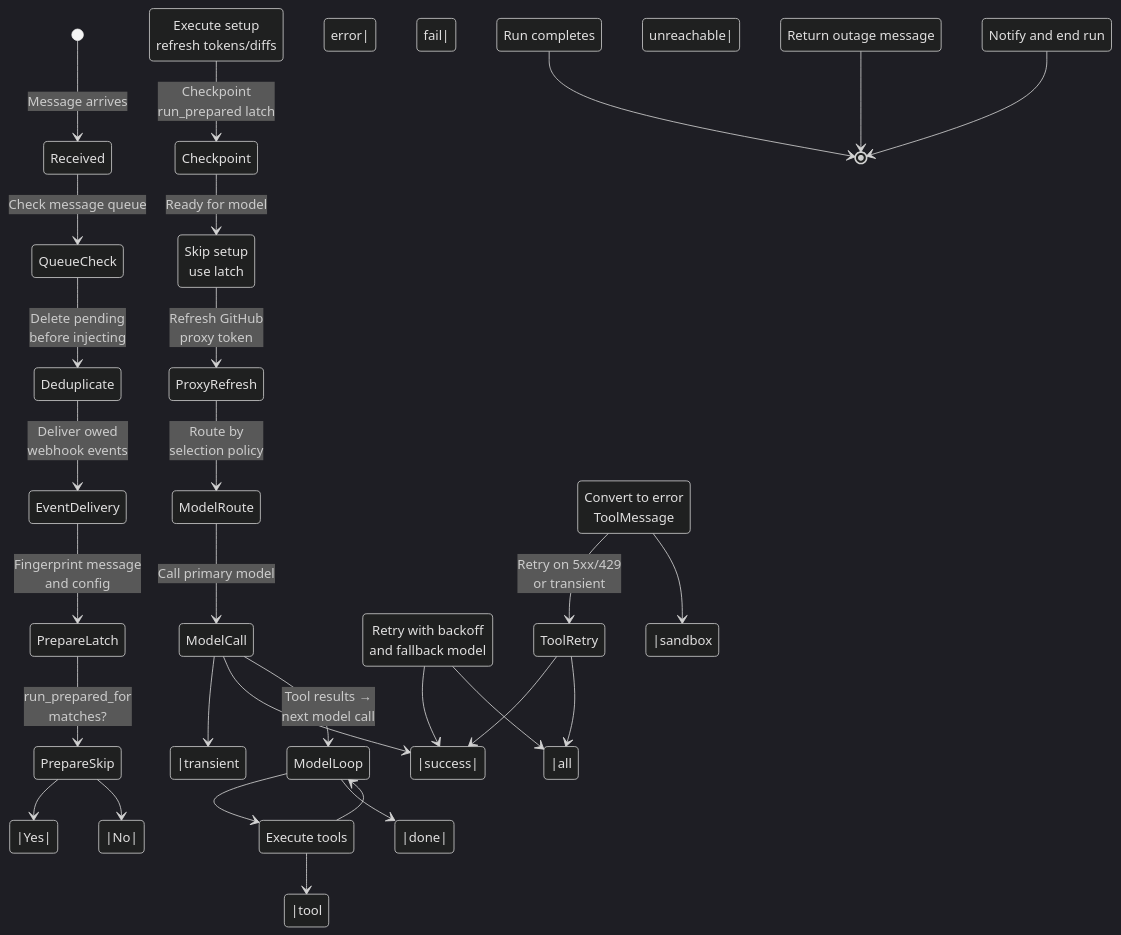
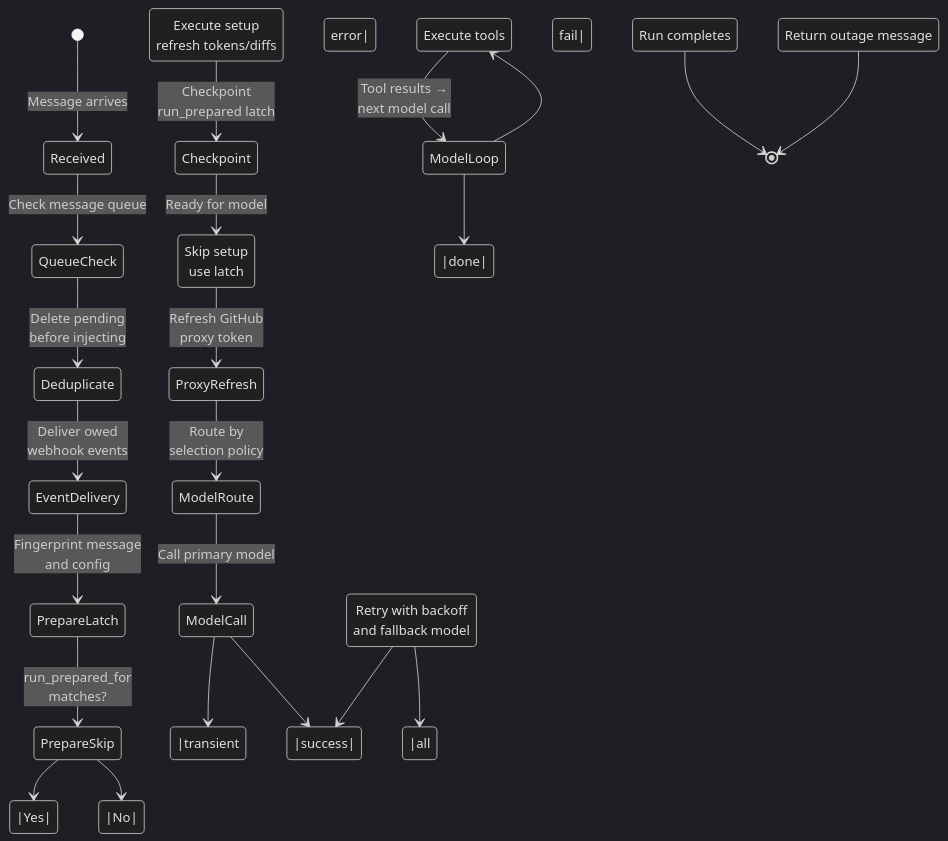
The diagram in openwiki/architecture/middleware-stack.md (aeteq/open-swe), drawn with Mermaid (dark theme) before and after one commit. The commit also changed other lines of this file and 46 other files, not shown here.

````diff
--- a/openwiki/architecture/middleware-stack.md
+++ b/openwiki/architecture/middleware-stack.md
@@ -240,32 +195,25 @@
 ```mermaid
 stateDiagram-v2
     [*] --> Received: Message arrives
     Received --> QueueCheck: Check message queue
     QueueCheck --> Deduplicate: Delete pending<br/>before injecting
     Deduplicate --> EventDelivery: Deliver owed<br/>webhook events
     EventDelivery --> PrepareLatch: Fingerprint message<br/>and config
     PrepareLatch --> PrepareSkip: run_prepared_for<br/>matches?
     PrepareSkip -->|Yes| ModelPrep: Skip setup<br/>use latch
     PrepareSkip -->|No| PrepareSetup: Execute setup<br/>refresh tokens/diffs
     PrepareSetup --> Checkpoint: Checkpoint<br/>run_prepared latch
     Checkpoint --> ModelPrep: Ready for model
     ModelPrep --> ProxyRefresh: Refresh GitHub<br/>proxy token
     ProxyRefresh --> ModelRoute: Route by<br/>selection policy
     ModelRoute --> ModelCall: Call primary model
     ModelCall -->|transient error| Fallback: Retry with backoff<br/>and fallback model
     Fallback -->|success| Tools: Execute tools
     Fallback -->|all fail| OutageMsg: Return outage message
     ModelCall -->|success| Tools
-    Tools -->|tool error| ErrorHandle: Convert to error<br/>ToolMessage
-    ErrorHandle --> ToolRetry: Retry on 5xx/429<br/>or transient
-    ToolRetry -->|success| ModelCall
-    ToolRetry -->|all fail| ModelCall
-    ErrorHandle -->|sandbox unreachable| End: Notify and end run
-    ModelCall --> ModelLoop: Tool results →<br/>next model call
+    Tools --> ModelLoop: Tool results →<br/>next model call
     ModelLoop --> Tools
     ModelLoop -->|done| Completion: Run completes
-    Tools --> ModelLoop
     Completion --> [*]
     OutageMsg --> [*]
-    End --> [*]
 ```
````
